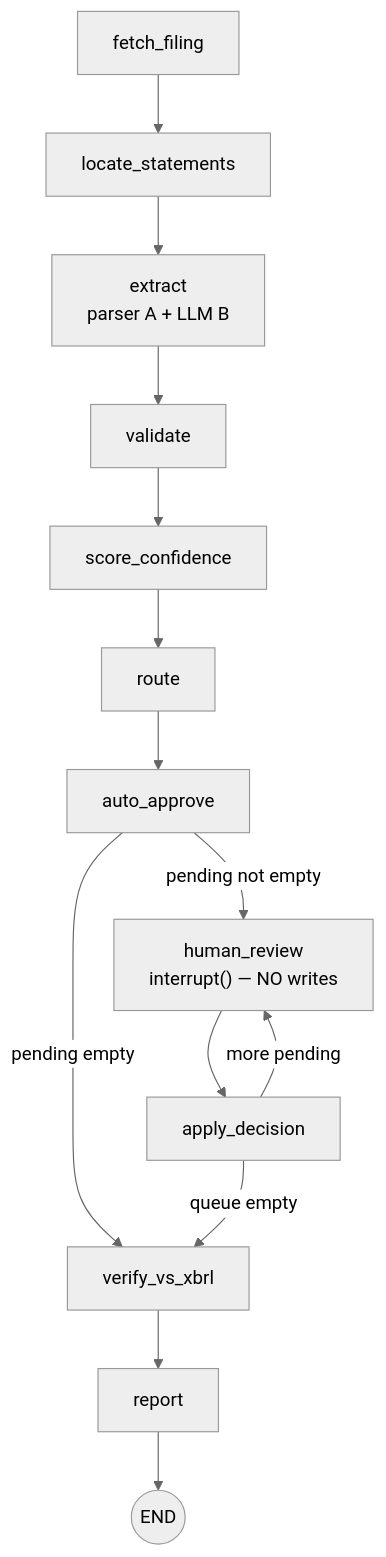
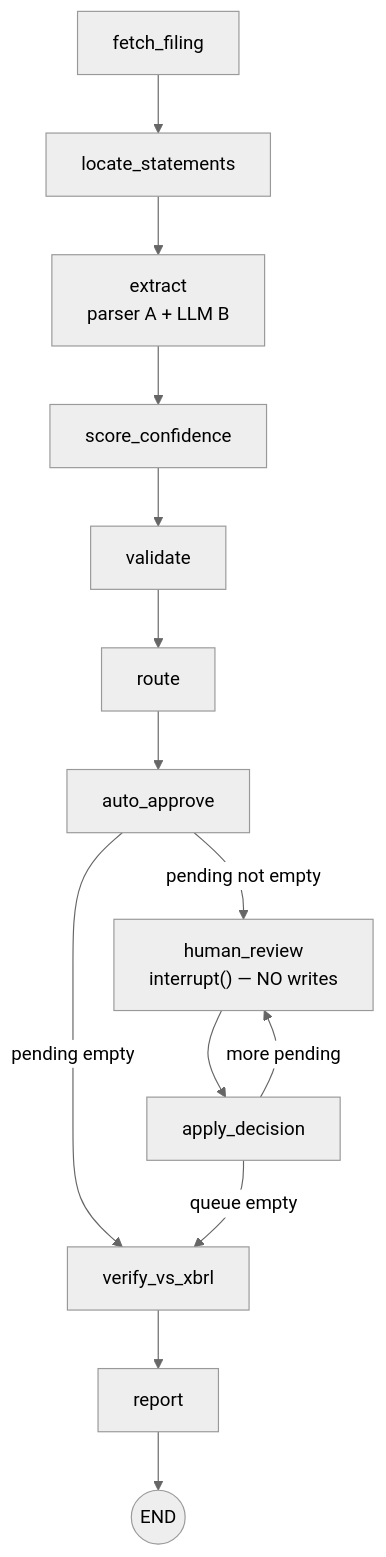
One commit to Srujanmirji/MINEARENA changed the second of 3 diagrams in docs/ARCHITECTURE.md. Above: the diagram before and after it, drawn with Mermaid (neutral theme). The commit also changed other lines of this file and 7 other files, not shown here.

First line of the commit message:
docs: match PS workflow order (score → validate), 3-part confidence, fuzz.ratio for labels

````diff
--- a/docs/ARCHITECTURE.md
+++ b/docs/ARCHITECTURE.md
@@ -45,16 +45,16 @@
 ```mermaid
 flowchart TD
     A[fetch_filing] --> B[locate_statements]
     B --> C["extract<br/>parser A + LLM B"]
-    C --> D[validate]
-    D --> E[score_confidence]
-    E --> F[route]
+    C --> E[score_confidence]
+    E --> D[validate]
+    D --> F[route]
     F --> G[auto_approve]
     G -->|pending empty| J[verify_vs_xbrl]
     G -->|pending not empty| H["human_review<br/>interrupt() — NO writes"]
     H --> I[apply_decision]
     I -->|more pending| H
     I -->|queue empty| J
     J --> K[report]
     K --> Z((END))
 ```
````
